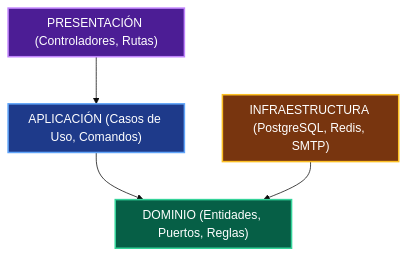
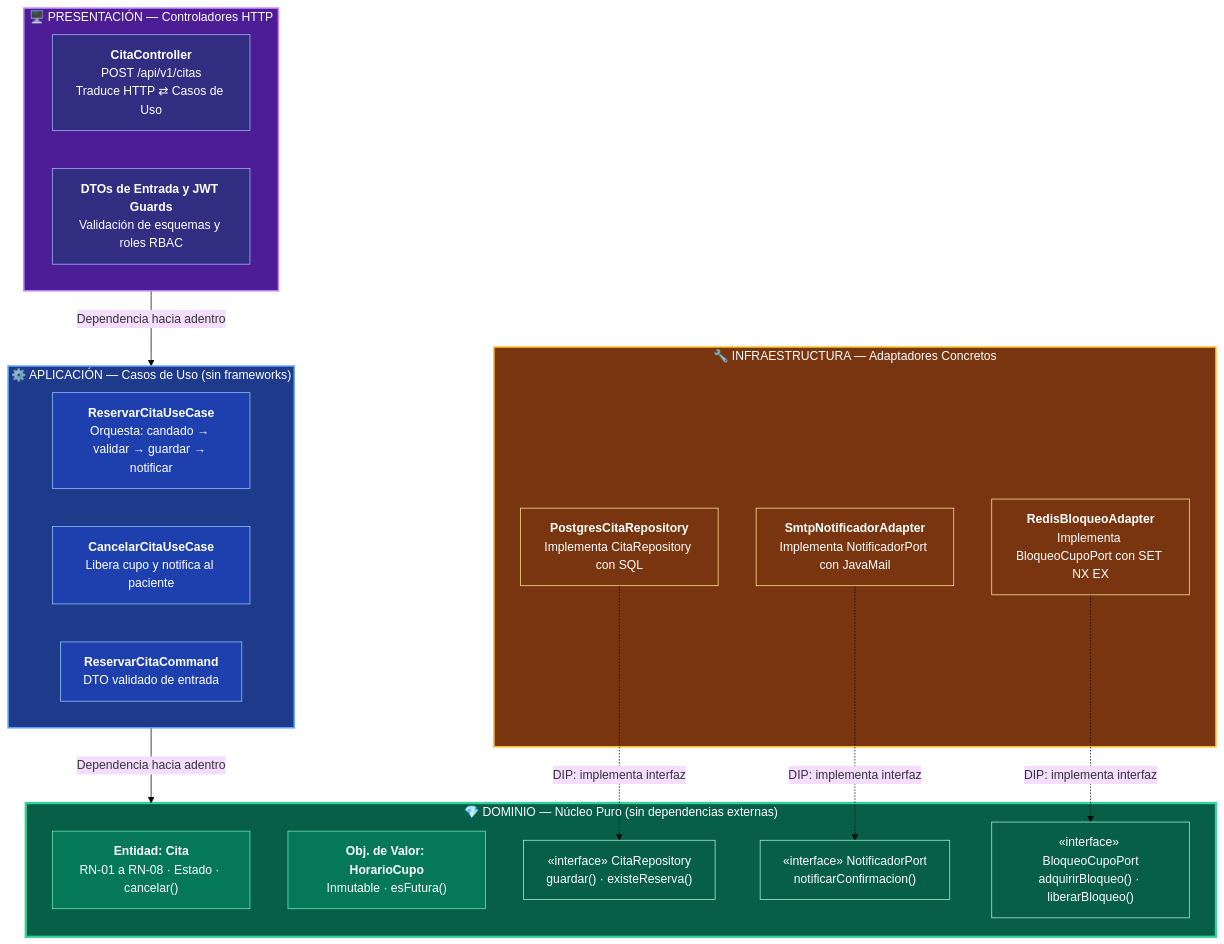
One commit to Pierrot-01/Proyecto_Hospital changed the first of 3 diagrams in Docs/03-diseño-de-software/diseño-interno/diseño-interno-de-modulos.md. Above: the diagram before and after it, drawn with Mermaid (base theme). The commit also changed other lines of this file and 21 other files, not shown here.

Commit message:
docs(c4): actualizar diagramas mermaid C4 con etiquetas de imagen, imagenes renderizadas y guia de sustentacion

````diff
--- a/Docs/03-diseño-de-software/diseño-interno/diseño-interno-de-modulos.md
+++ b/Docs/03-diseño-de-software/diseño-interno/diseño-interno-de-modulos.md
@@ -72,20 +74,53 @@
 ```mermaid
 flowchart TD
-    subgraph PRESENTACION["PRESENTACIÓN (Controladores, Rutas)"]
-    end
-    subgraph APLICACION["APLICACIÓN (Casos de Uso, Comandos)"]
-    end
-    subgraph DOMINIO["DOMINIO (Entidades, Puertos, Reglas)"]
-    end
-    subgraph INFRAESTRUCTURA["INFRAESTRUCTURA (PostgreSQL, Redis, SMTP)"]
+
+    subgraph PRESENTACION["🖥️ PRESENTACIÓN — Controladores HTTP"]
+        P1["<b>CitaController</b><br>POST /api/v1/citas<br>Traduce HTTP ⇄ Casos de Uso"]
+        P2["<b>DTOs de Entrada y JWT Guards</b><br>Validación de esquemas y roles RBAC"]
     end
 
-    PRESENTACION --> APLICACION
-    APLICACION --> DOMINIO
-    INFRAESTRUCTURA --> DOMINIO
+    subgraph APLICACION["⚙️ APLICACIÓN — Casos de Uso (sin frameworks)"]
+        A1["<b>ReservarCitaUseCase</b><br>Orquesta: candado → validar → guardar → notificar"]
+        A2["<b>CancelarCitaUseCase</b><br>Libera cupo y notifica al paciente"]
+        A3["<b>ReservarCitaCommand</b><br>DTO validado de entrada"]
+    end
 
-    style DOMINIO fill:#065f46,stroke:#34d399,stroke-width:2px,color:#fff
+    subgraph DOMINIO["💎 DOMINIO — Núcleo Puro (sin dependencias externas)"]
+        D1["<b>Entidad: Cita</b><br>RN-01 a RN-08 · Estado · cancelar()"]
+        D2["<b>Obj. de Valor: HorarioCupo</b><br>Inmutable · esFutura()"]
+        D3["«interface» CitaRepository<br>guardar() · existeReserva()"]
+        D4["«interface» NotificadorPort<br>notificarConfirmacion()"]
+        D5["«interface» BloqueoCupoPort<br>adquirirBloqueo() · liberarBloqueo()"]
+    end
+
+    subgraph INFRAESTRUCTURA["🔧 INFRAESTRUCTURA — Adaptadores Concretos"]
+        I1["<b>PostgresCitaRepository</b><br>Implementa CitaRepository con SQL"]
+        I2["<b>RedisBloqueoAdapter</b><br>Implementa BloqueoCupoPort con SET NX EX"]
+        I3["<b>SmtpNotificadorAdapter</b><br>Implementa NotificadorPort con JavaMail"]
+    end
+
+    PRESENTACION -->|"Dependencia hacia adentro"| APLICACION
+    APLICACION -->|"Dependencia hacia adentro"| DOMINIO
+    I1 -.->|"DIP: implementa interfaz"| D3
+    I2 -.->|"DIP: implementa interfaz"| D5
+    I3 -.->|"DIP: implementa interfaz"| D4
+
+    style DOMINIO fill:#065f46,stroke:#34d399,stroke-width:3px,color:#fff
     style APLICACION fill:#1e3a8a,stroke:#60a5fa,stroke-width:2px,color:#fff
     style INFRAESTRUCTURA fill:#78350f,stroke:#fbbf24,stroke-width:2px,color:#fff
     style PRESENTACION fill:#4c1d95,stroke:#c084fc,stroke-width:2px,color:#fff
+
+    style P1 fill:#312e81,stroke:#a5b4fc,color:#fff
+    style P2 fill:#312e81,stroke:#a5b4fc,color:#fff
+    style A1 fill:#1e40af,stroke:#93c5fd,color:#fff
+    style A2 fill:#1e40af,stroke:#93c5fd,color:#fff
+    style A3 fill:#1e40af,stroke:#93c5fd,color:#fff
+    style D1 fill:#047857,stroke:#6ee7b7,color:#fff
+    style D2 fill:#047857,stroke:#6ee7b7,color:#fff
+    style D3 fill:#065f46,stroke:#a7f3d0,color:#fff
+    style D4 fill:#065f46,stroke:#a7f3d0,color:#fff
+    style D5 fill:#065f46,stroke:#a7f3d0,color:#fff
+    style I1 fill:#78350f,stroke:#fde68a,color:#fff
+    style I2 fill:#78350f,stroke:#fde68a,color:#fff
+    style I3 fill:#78350f,stroke:#fde68a,color:#fff
 ```
````
